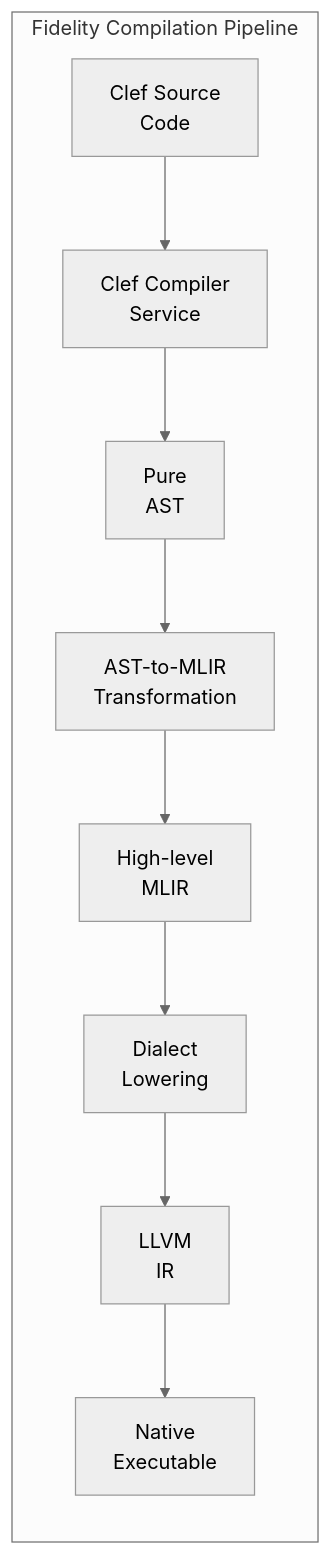
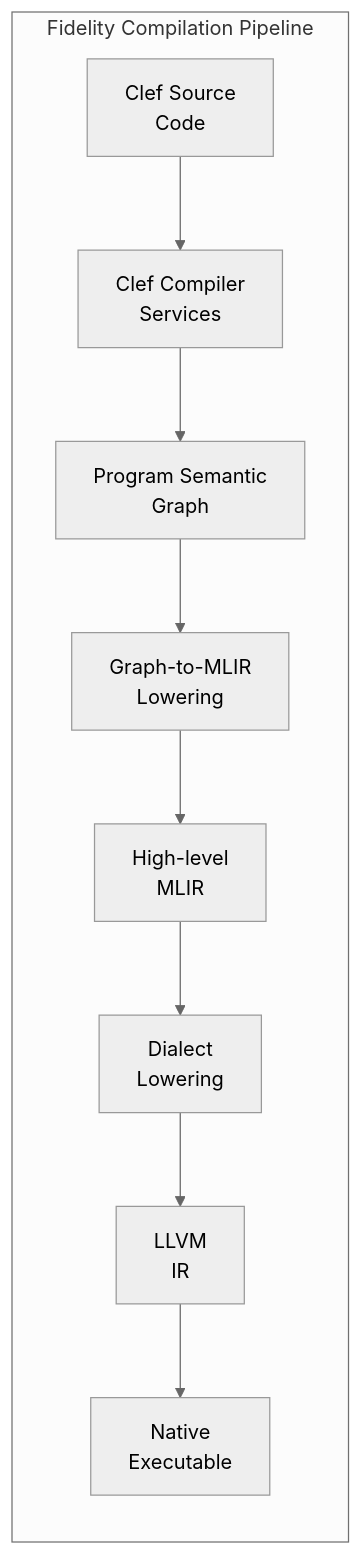
Before and after one commit to FidelityFramework/clef-lang-site: the third of 5 diagrams in hugo/content/blog/seeing-beyond-assemblies.md, drawn with Mermaid (neutral theme). The commit also changed other lines of this file, not shown here.

````diff
--- a/hugo/content/blog/seeing-beyond-assemblies.md
+++ b/hugo/content/blog/seeing-beyond-assemblies.md
@@ -89,13 +89,13 @@
 ```mermaid
 flowchart TD
     subgraph FidelityFramework["Fidelity Compilation Pipeline"]
         direction TB
-        ClefSource["Clef Source<br>Code"] --> CCS["Clef Compiler<br>Service"]
-        CCS --> PureAST["Pure<br>AST"]
-        PureAST --> MLIRGen["AST-to-MLIR<br>Transformation"]
+        ClefSource["Clef Source<br>Code"] --> CCS["Clef Compiler<br>Services"]
+        CCS --> PSG["Program Semantic<br>Graph"]
+        PSG --> MLIRGen["Graph-to-MLIR<br>Lowering"]
         MLIRGen --> MLIR["High-level<br>MLIR"]
         MLIR --> LoweringSteps["Dialect<br>Lowering"]
         LoweringSteps --> LLVMIR["LLVM<br>IR"]
         LLVMIR --> NativeCode["Native<br>Executable"]
     end
 ```
````
